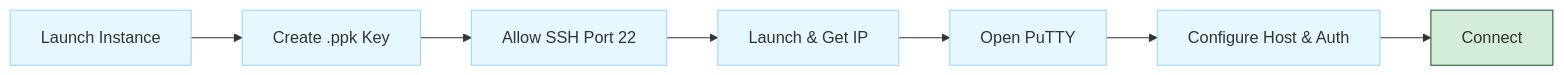
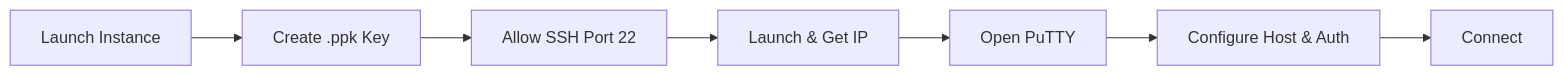
Before and after one commit to sujith-eag/sujith-library: the third of 4 diagrams in docs/dev-cloud/cclab/lab_6.md, drawn with Mermaid. The commit also changed other lines of this file and 41 other files, not shown here.

First line of the commit message:
Refactor diagrams and remove redundant styles in documentation

````diff
--- a/docs/dev-cloud/cclab/lab_6.md
+++ b/docs/dev-cloud/cclab/lab_6.md
@@ -187,15 +171,9 @@
 ```mermaid
 flowchart LR
     Launch[Launch Instance] --> Key[Create .ppk Key]
     Key --> Security[Allow SSH Port 22]
     Security --> Run[Launch & Get IP]
     Run --> PuTTY[Open PuTTY]
     PuTTY --> Config[Configure Host & Auth]
     Config --> Connect[Connect]
-
-    classDef process fill:#e6f7ff,stroke:#91d5ff
-    classDef success fill:#d4edda,stroke:#155724
-
-    class Launch,Key,Security,Run,PuTTY,Config process
-    class Connect success
 ```
````
